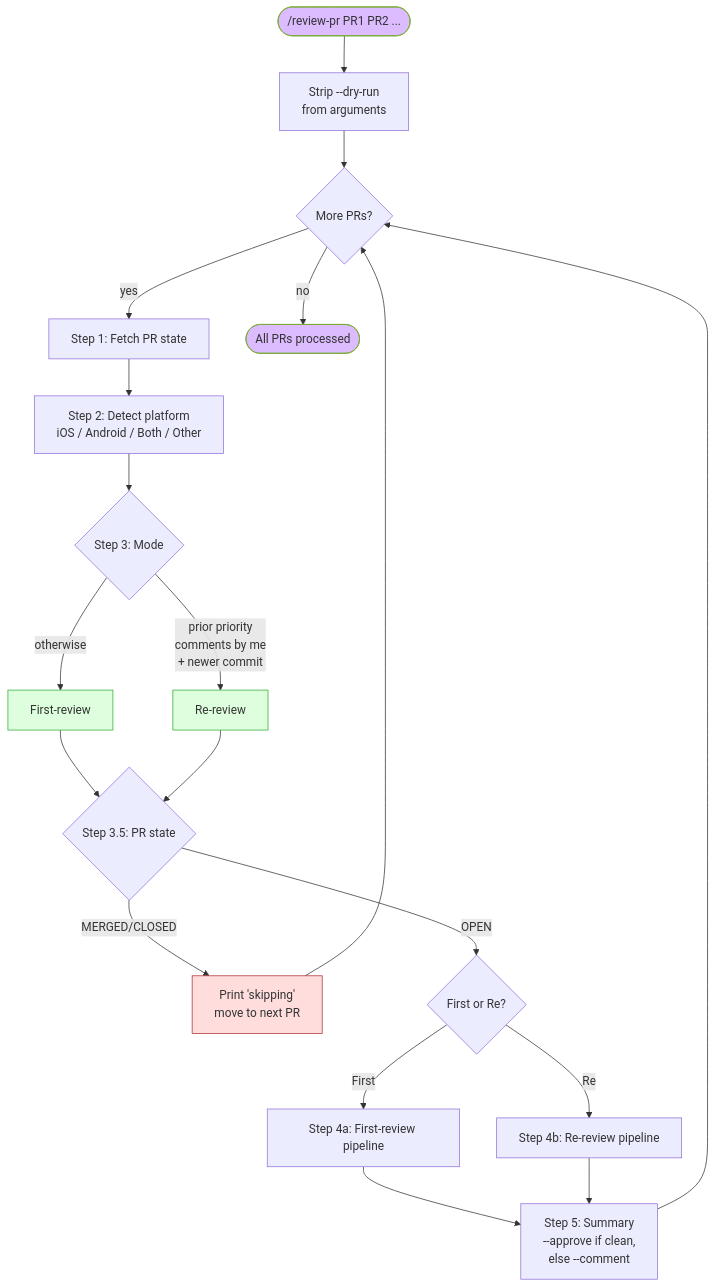
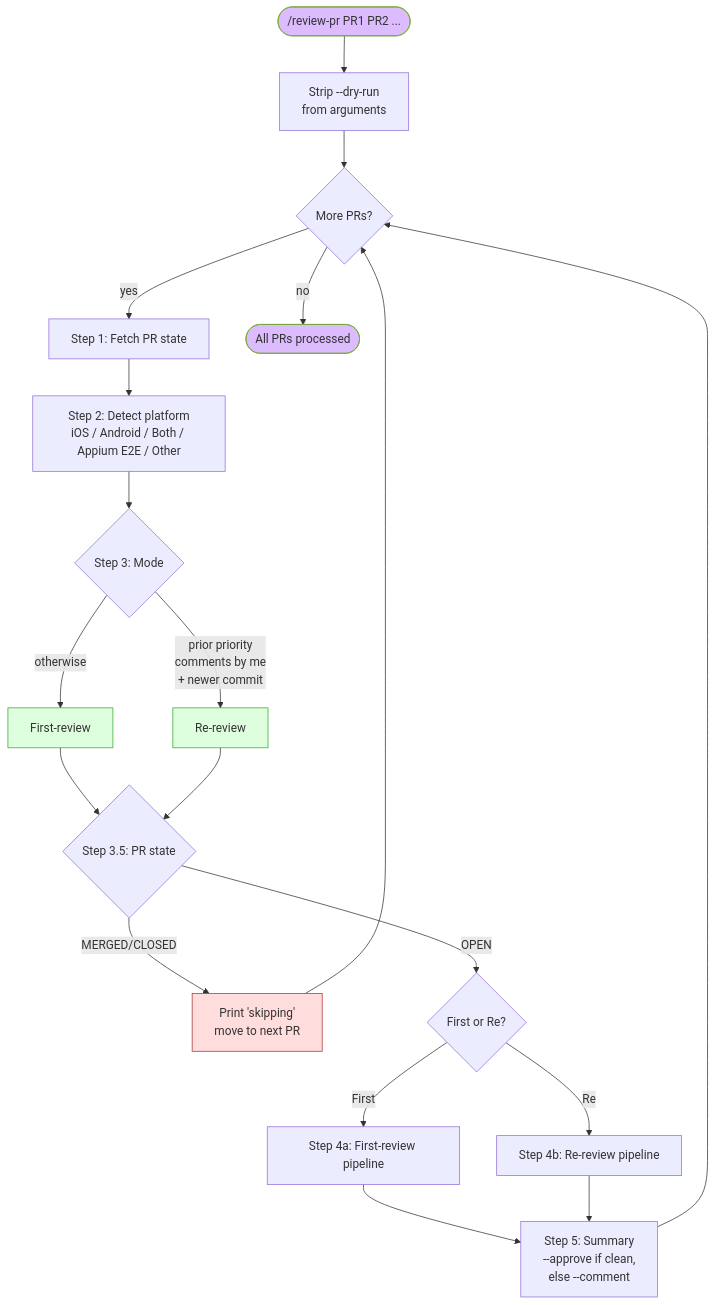
The second of 15 diagrams in HOW-IT-WORKS.md (pkesavangg/pr-review-skills), drawn with Mermaid before and after one commit. The commit also changed other lines of this file and 12 other files, not shown here.

````diff
--- a/HOW-IT-WORKS.md
+++ b/HOW-IT-WORKS.md
@@ -57,32 +57,32 @@
 ```mermaid
 flowchart TD
     Start([/review-pr PR1 PR2 ...]) --> ParseFlags[Strip --dry-run<br/>from arguments]
     ParseFlags --> NextPR{More PRs?}
     NextPR -- yes --> S1[Step 1: Fetch PR state]
     NextPR -- no --> Done([All PRs processed])
 
-    S1 --> S2[Step 2: Detect platform<br/>iOS / Android / Both / Other]
+    S1 --> S2[Step 2: Detect platform<br/>iOS / Android / Both / Appium E2E / Other]
     S2 --> S3{Step 3: Mode}
     S3 -- prior priority<br/>comments by me<br/>+ newer commit --> ModeRR[Re-review]
     S3 -- otherwise --> ModeFR[First-review]
 
     ModeFR --> S35{Step 3.5: PR state}
     ModeRR --> S35
     S35 -- MERGED/CLOSED --> Skip[Print 'skipping'<br/>move to next PR]
     S35 -- OPEN --> Branch{First or Re?}
 
     Branch -- First --> S4a[Step 4a: First-review pipeline]
     Branch -- Re --> S4b[Step 4b: Re-review pipeline]
 
     S4a --> S5[Step 5: Summary<br/>--approve if clean,<br/>else --comment]
     S4b --> S5
     S5 --> NextPR
 
     Skip --> NextPR
 
     style Start fill:#dbf,stroke:#7a3
     style Done fill:#dbf,stroke:#7a3
     style Skip fill:#fdd,stroke:#a33
     style ModeFR fill:#dfd,stroke:#3a3
     style ModeRR fill:#dfd,stroke:#3a3
 ```
````
